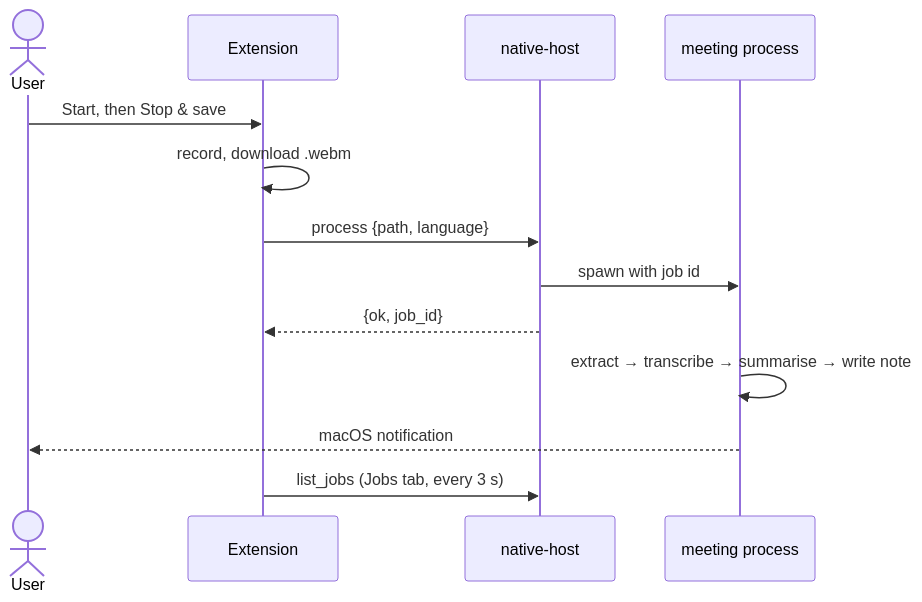
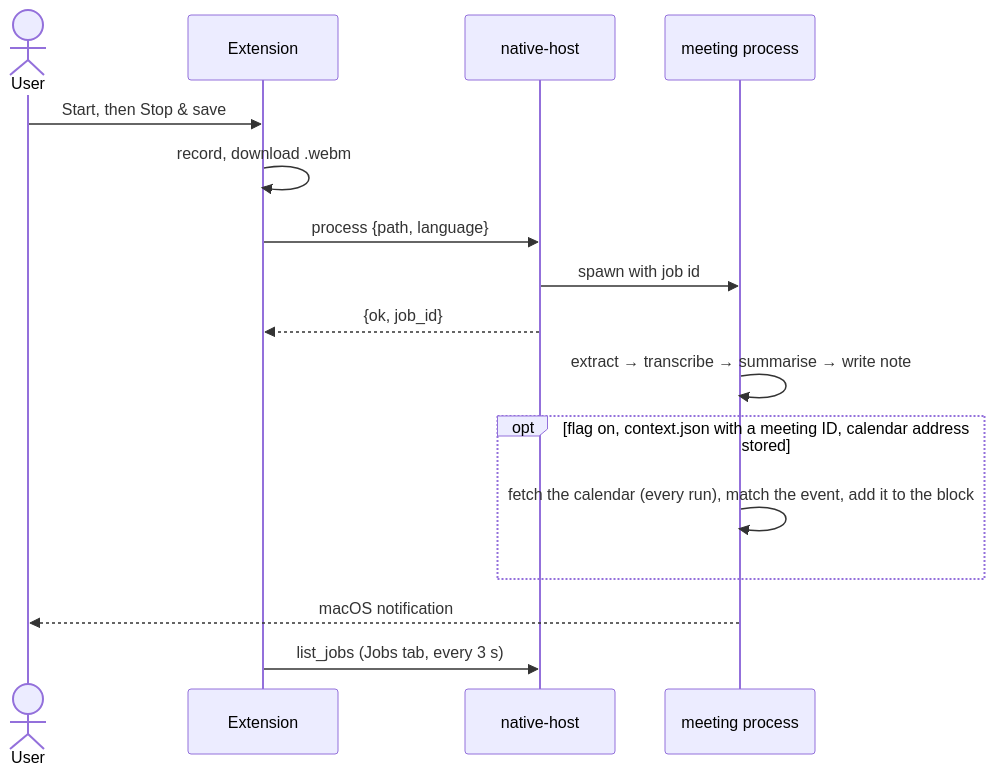
One commit to masnun-siam/meeting-manager changed the second of 2 diagrams in docs/architecture.md. Above: the diagram before and after it, drawn with Mermaid. The commit also changed other lines of this file and 8 other files, not shown here.

Commit message:
feat(#103): calendar lookup and context block in the pipeline

````diff
--- a/docs/architecture.md
+++ b/docs/architecture.md
@@ -54,15 +54,18 @@
 ```mermaid
 sequenceDiagram
   actor U as User
   participant E as Extension
   participant H as native-host
   participant P as meeting process
   U->>E: Start, then Stop & save
   E->>E: record, download .webm
   E->>H: process {path, language}
   H->>P: spawn with job id
   H-->>E: {ok, job_id}
   P->>P: extract → transcribe → summarise → write note
+  opt flag on, context.json with a meeting ID, calendar address stored
+    P->>P: fetch the calendar (every run), match the event, add it to the block
+  end
   P-->>U: macOS notification
   E->>H: list_jobs (Jobs tab, every 3 s)
 ```
````
